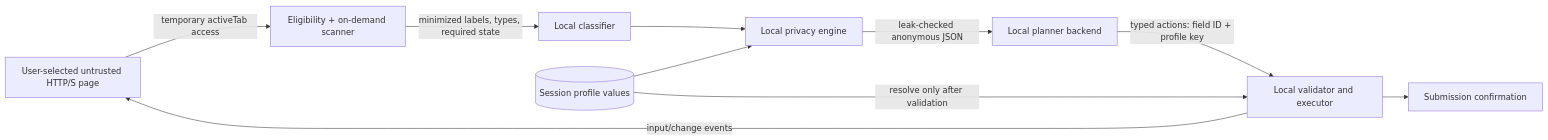
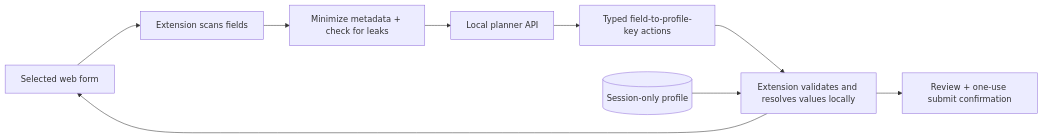
The diagram in README.md (Shushant-Kharate/SIH-MVP-2026), drawn with Mermaid before and after one commit. The commit also changed other lines of this file and 3 other files, not shown here.

````diff
--- a/README.md
+++ b/README.md
@@ -11,12 +41,11 @@
 ```mermaid
 flowchart LR
-    P[User-selected untrusted HTTP/S page] -->|temporary activeTab access| E[Eligibility + on-demand scanner]
-    E -->|minimized labels, types, required state| S[Local classifier]
-    V[(Session profile values)] --> L[Local privacy engine]
-    S --> L
-    L -->|leak-checked anonymous JSON| B[Local planner backend]
-    B -->|typed actions: field ID + profile key| X[Local validator and executor]
-    V -->|resolve only after validation| X
-    X -->|input/change events| P
-    X --> C[Submission confirmation]
+  A[Selected web form] --> B[Extension scans fields]
+  B --> C[Minimize metadata + check for leaks]
+  C --> D[Local planner API]
+  D --> E[Typed field-to-profile-key actions]
+  E --> F[Extension validates and resolves values locally]
+  F --> A
+  F --> G[Review + one-use submit confirmation]
+  P[(Session-only profile)] --> F
 ```
````
